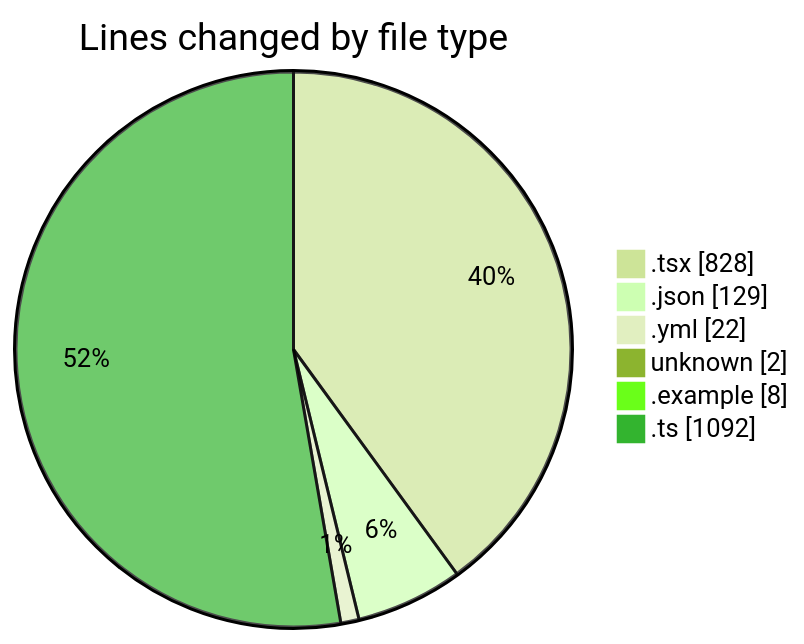
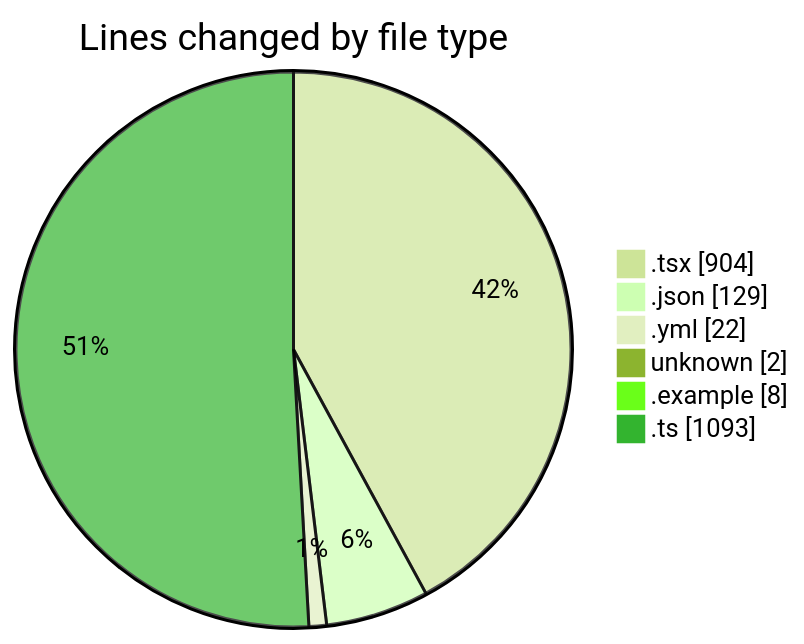
The first of 2 diagrams in 2025-11-21/eventscop-frontend-guide__workspace_/README.md (julien-gomy/code-tracking), drawn with Mermaid (forest theme) before and after one commit. The commit also changed other lines of this file and 1 other file, not shown here.

````diff
--- a/2025-11-21/eventscop-frontend-guide__workspace_/README.md
+++ b/2025-11-21/eventscop-frontend-guide__workspace_/README.md
@@ -39,10 +40,10 @@
 ```mermaid
 pie showData
 title Lines changed by file type
-".tsx" : 828
+".tsx" : 904
 ".json" : 129
 ".yml" : 22
 "unknown" : 2
 ".example" : 8
-".ts" : 1092
+".ts" : 1093
 ```
````
